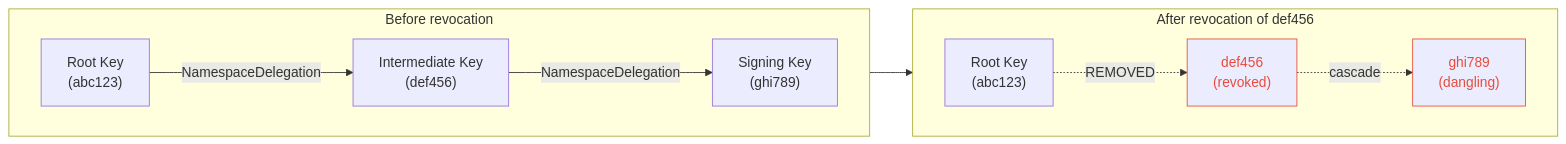
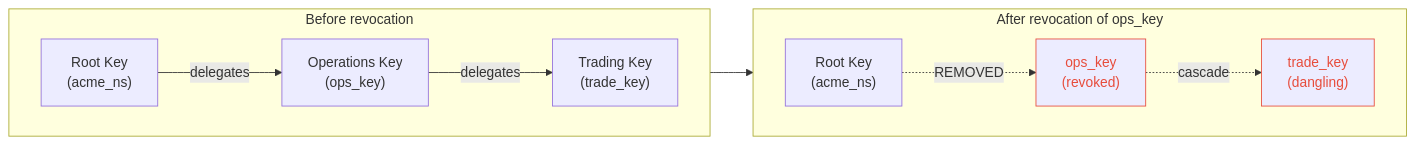
Before and after one commit to crisog/daml: the third of 3 diagrams in docs/content/docs/canton-network/topology-management.mdx, drawn with Mermaid. The commit also changed other lines of this file, not shown here.

````diff
--- a/docs/content/docs/canton-network/topology-management.mdx
+++ b/docs/content/docs/canton-network/topology-management.mdx
@@ -248,19 +206,19 @@
 ```mermaid
 flowchart LR
     subgraph before ["Before revocation"]
         direction LR
-        R1["Root Key\n(abc123)"] -- NamespaceDelegation --> I1["Intermediate Key\n(def456)"]
-        I1 -- NamespaceDelegation --> S1["Signing Key\n(ghi789)"]
+        R1["Root Key\n(acme_ns)"] -- delegates --> I1["Operations Key\n(ops_key)"]
+        I1 -- delegates --> S1["Trading Key\n(trade_key)"]
     end
 
-    subgraph after ["After revocation of def456"]
+    subgraph after ["After revocation of ops_key"]
         direction LR
-        R2["Root Key\n(abc123)"] -. REMOVED .-> I2["def456\n(revoked)"]
-        I2 -. cascade .-> S2["ghi789\n(dangling)"]
+        R2["Root Key\n(acme_ns)"] -. REMOVED .-> I2["ops_key\n(revoked)"]
+        I2 -. cascade .-> S2["trade_key\n(dangling)"]
     end
 
     before --> after
 
     style I2 stroke:#e74c3c,color:#e74c3c
     style S2 stroke:#e74c3c,color:#e74c3c
 ```
````
